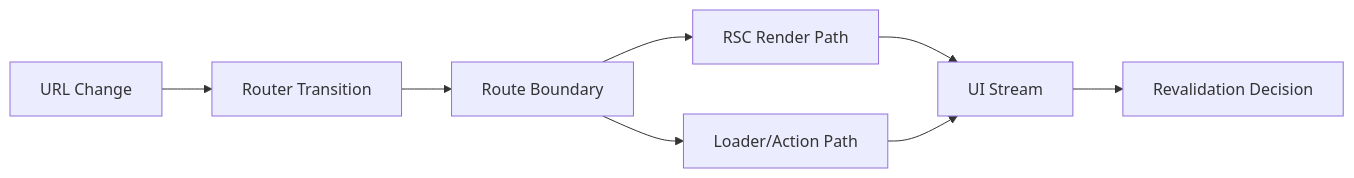
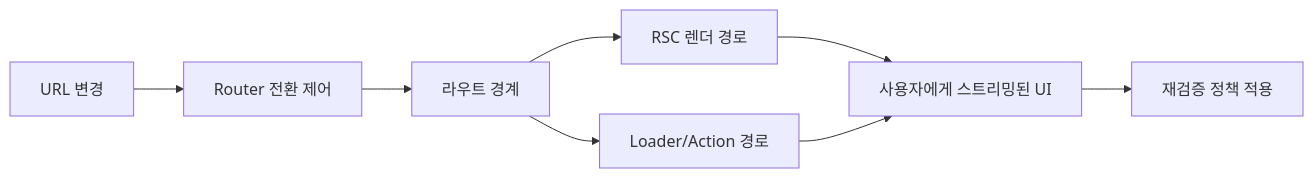
The diagram in content/react/react-router-v7-rsc-01-router-role.md (mje807/dev-blog), drawn with Mermaid before and after one commit. The commit also changed other lines of this file and 6 other files, not shown here.

````diff
--- a/content/react/react-router-v7-rsc-01-router-role.md
+++ b/content/react/react-router-v7-rsc-01-router-role.md
@@ -119,10 +129,10 @@
 ```mermaid
 flowchart LR
-  A[URL Change] --> B[Router Transition]
-  B --> C[Route Boundary]
-  C --> D[RSC Render Path]
-  C --> E[Loader/Action Path]
-  D --> F[UI Stream]
-  E --> F
-  F --> G[Revalidation Decision]
+A[URL 변경] --> B[Router 전환 제어]
+B --> C[라우트 경계]
+C --> D[RSC 렌더 경로]
+C --> E[Loader/Action 경로]
+D --> F[사용자에게 스트리밍된 UI]
+E --> F
+F --> G[재검증 정책 적용]
 ```
````
